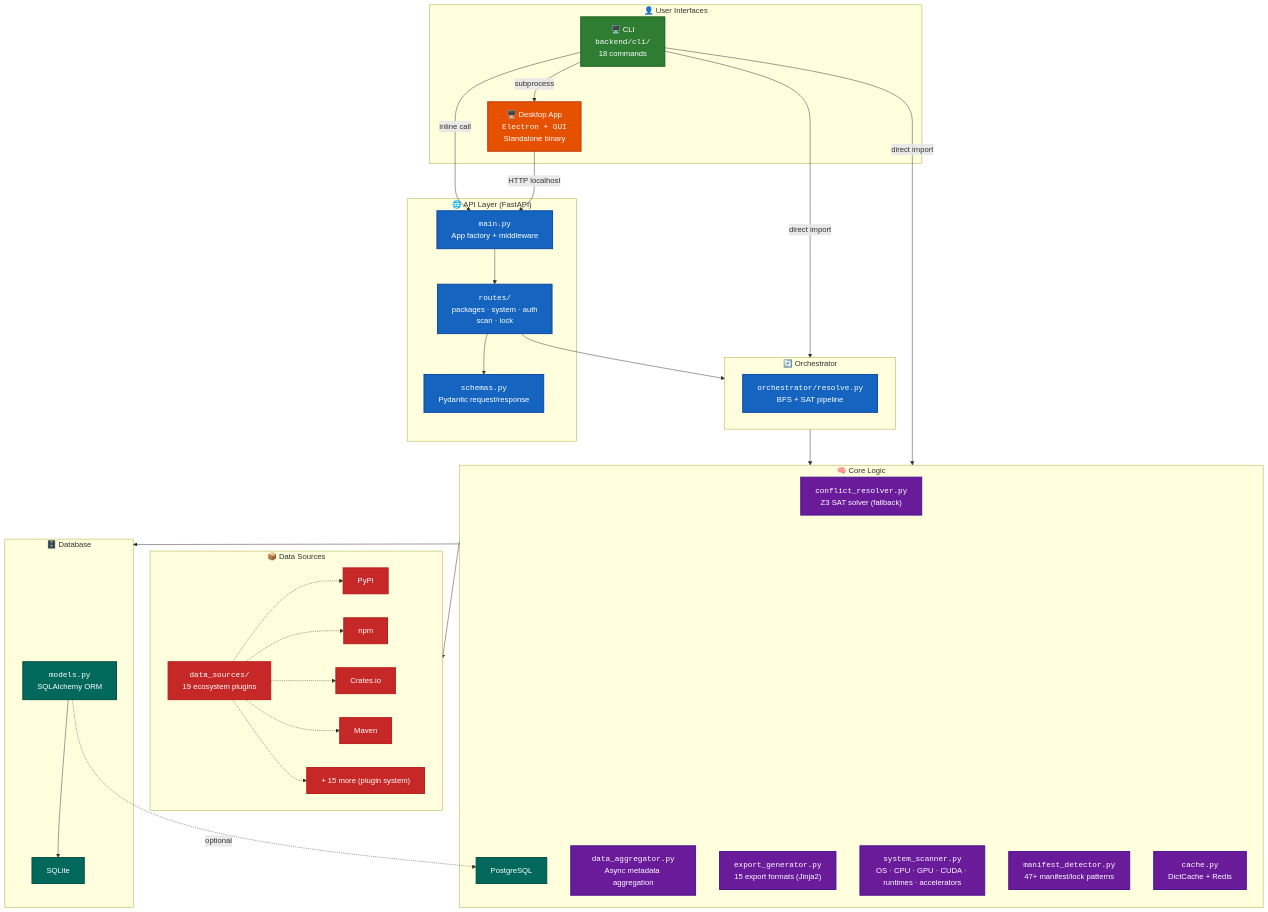
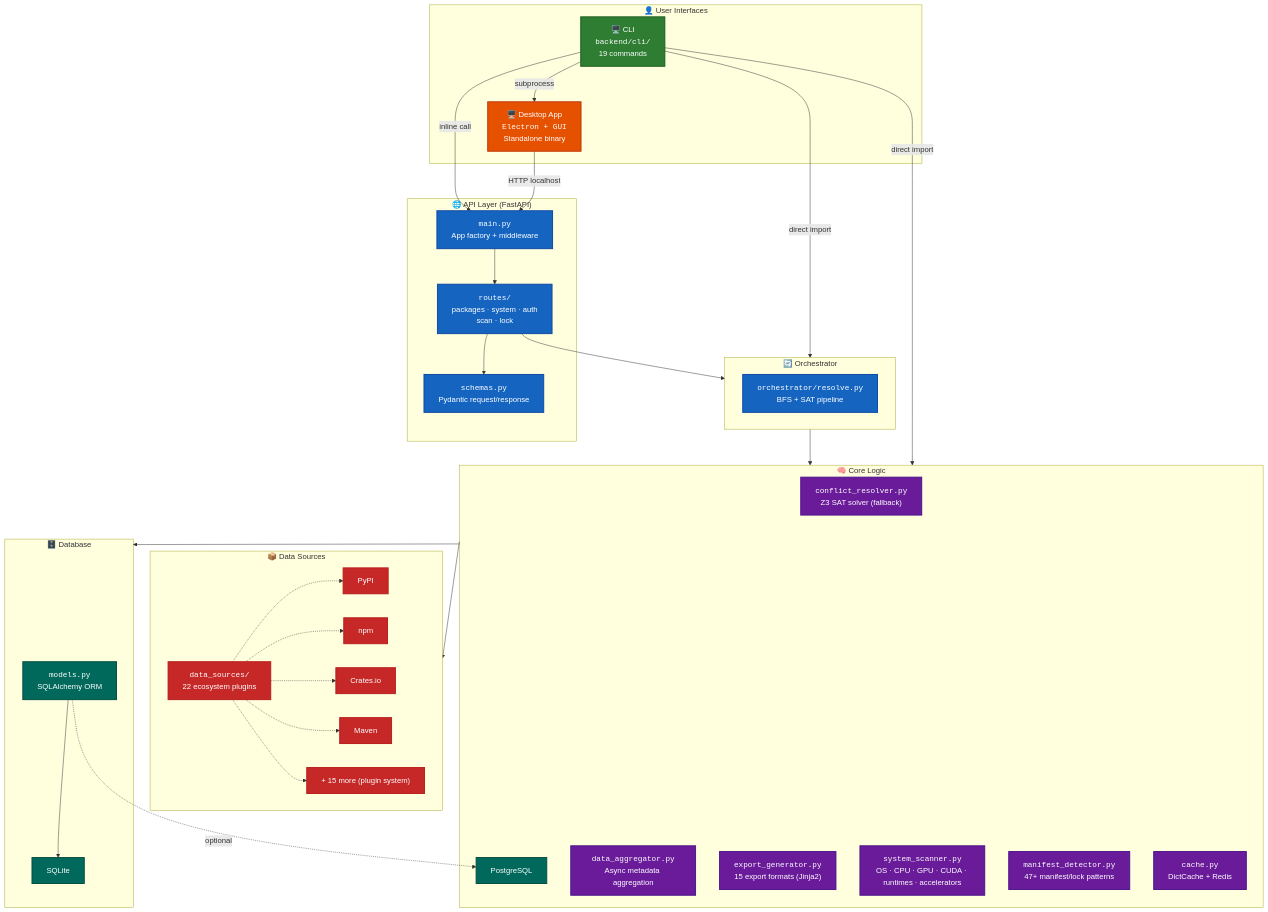
The first of 3 diagrams in docs/ARCHITECTURE.md (code-with-zeeshan/universal-dependency-resolver), drawn with Mermaid before and after one commit. The commit also changed other lines of this file and 43 other files, not shown here.

Commit message:
Session 2026-07-13 (cont.) — 5 new ecosystems (Vcpkg, Conan, Docker, Helm, Terraform) + D3 graph viz + 2 bug fixes

````diff
--- a/docs/ARCHITECTURE.md
+++ b/docs/ARCHITECTURE.md
@@ -3,68 +3,68 @@
 ```mermaid
 graph TB
     subgraph UserLayer["👤 User Interfaces"]
-        CLI["🖥️ CLI<br/><code>backend/cli/</code><br/>18 commands"]:::cli
+        CLI["🖥️ CLI<br/><code>backend/cli/</code><br/>19 commands"]:::cli
         DESKTOP["🖥️ Desktop App<br/><code>Electron + GUI</code><br/>Standalone binary"]:::desktop
     end
 
     subgraph APILayer["🌐 API Layer (FastAPI)"]
         API_MAIN["<code>main.py</code><br/>App factory + middleware"]:::api
         ROUTES["<code>routes/</code><br/>packages · system · auth<br/>scan · lock"]:::api
         SCHEMAS["<code>schemas.py</code><br/>Pydantic request/response"]:::api
     end
 
     subgraph OrchestratorLayer["🔄 Orchestrator"]
         ORCH["<code>orchestrator/resolve.py</code><br/>BFS + SAT pipeline"]:::api
     end
 
     subgraph CoreLayer["🧠 Core Logic"]
         CR["<code>conflict_resolver.py</code><br/>Z3 SAT solver (fallback)"]:::core
         PG["<code>pubgrub_solver.py</code><br/>PubGrub solver (default, Rust-backed)"]:::core
         DA["<code>data_aggregator.py</code><br/>Async metadata aggregation"]:::core
         EG["<code>export_generator.py</code><br/>15 export formats (Jinja2)"]:::core
         SS["<code>system_scanner.py</code><br/>OS · CPU · GPU · CUDA · runtimes · accelerators"]:::core
         MD["<code>manifest_detector.py</code><br/>47+ manifest/lock patterns"]:::core
         CACHE["<code>cache.py</code><br/>DictCache + Redis"]:::core
     end
 
     subgraph DataLayer["📦 Data Sources"]
-        DS_CLIENTS["<code>data_sources/</code><br/>19 ecosystem plugins"]:::data
+        DS_CLIENTS["<code>data_sources/</code><br/>22 ecosystem plugins"]:::data
         PYPI["PyPI"]:::data
         NPM["npm"]:::data
         CRATES["Crates.io"]:::data
         MAVEN["Maven"]:::data
         MORE["+ 15 more (plugin system)"]:::data
     end
 
     subgraph DBLayer["🗄️ Database"]
         MODELS["<code>models.py</code><br/>SQLAlchemy ORM"]:::db
         SQLITE["SQLite"]:::db
         PG["PostgreSQL"]:::db
     end
 
     CLI -->|"subprocess"| DESKTOP
     DESKTOP -->|"HTTP localhost"| API_MAIN
     CLI -->|"inline call"| API_MAIN
     CLI -->|"direct import"| CoreLayer
     API_MAIN --> ROUTES
     ROUTES --> SCHEMAS
     CLI -->|"direct import"| OrchestratorLayer
     ROUTES --> OrchestratorLayer
     OrchestratorLayer --> CoreLayer
     CoreLayer --> DataLayer
     CoreLayer --> DBLayer
     DS_CLIENTS -.-> PYPI
     DS_CLIENTS -.-> NPM
     DS_CLIENTS -.-> CRATES
     DS_CLIENTS -.-> MAVEN
     DS_CLIENTS -.-> MORE
     MODELS --> SQLITE
     MODELS -.->|"optional"| PG
 
     classDef cli fill:#2e7d32,color:#fff,stroke:#1b5e20,stroke-width:2px
     classDef desktop fill:#e65100,color:#fff,stroke:#bf360c,stroke-width:2px
     classDef api fill:#1565c0,color:#fff,stroke:#0d47a1,stroke-width:2px
     classDef core fill:#6a1b9a,color:#fff,stroke:#4a148c,stroke-width:2px
     classDef data fill:#c62828,color:#fff,stroke:#b71c1c,stroke-width:2px
     classDef db fill:#00695c,color:#fff,stroke:#004d40,stroke-width:2px
 ```
````
